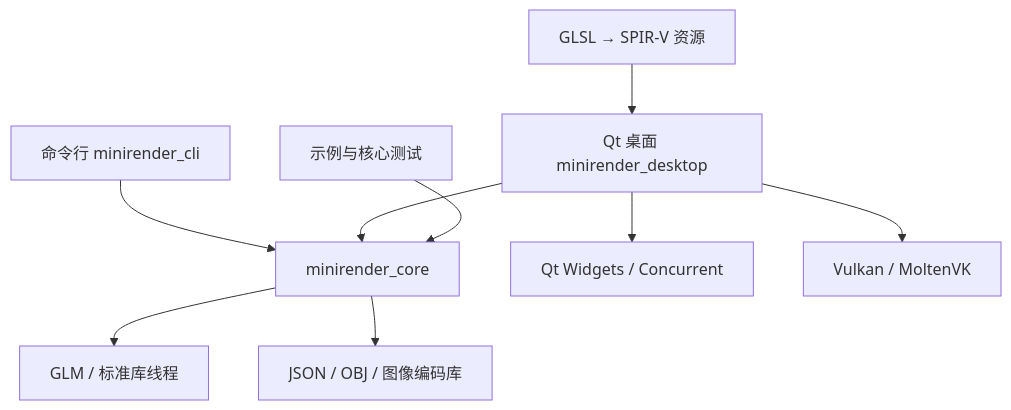
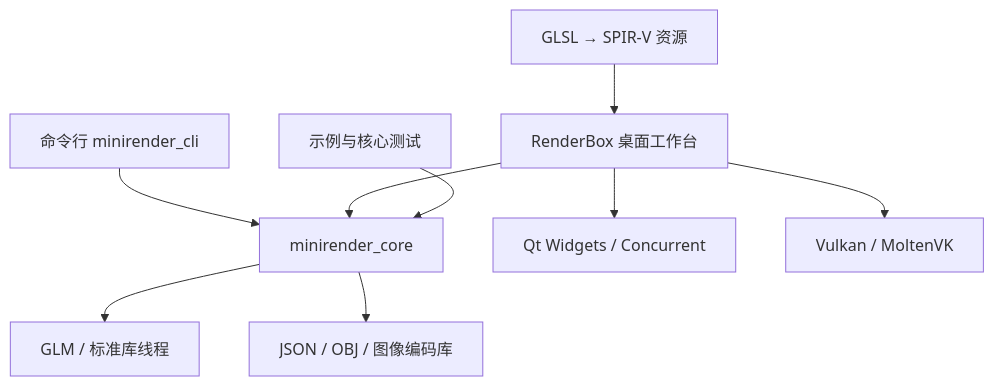
Before and after one commit to aCannedFish/MiniRender: the diagram in README.md, drawn with Mermaid. The commit also changed other lines of this file and 55 other files, not shown here.

Commit message:
feat: brand the desktop application and native icons as RenderBox

````diff
--- a/README.md
+++ b/README.md
@@ -219,11 +221,11 @@
 ```mermaid
 flowchart TB
     CLI[命令行 minirender_cli] --> CORE[minirender_core]
-    UI[Qt 桌面 minirender_desktop] --> CORE
+    UI[RenderBox 桌面工作台] --> CORE
     EX[示例与核心测试] --> CORE
     UI --> QT[Qt Widgets / Concurrent]
     UI --> VK[Vulkan / MoltenVK]
     SH[GLSL → SPIR-V 资源] --> UI
     CORE --> M[GLM / 标准库线程]
     CORE --> IO[JSON / OBJ / 图像编码库]
 ```
````
